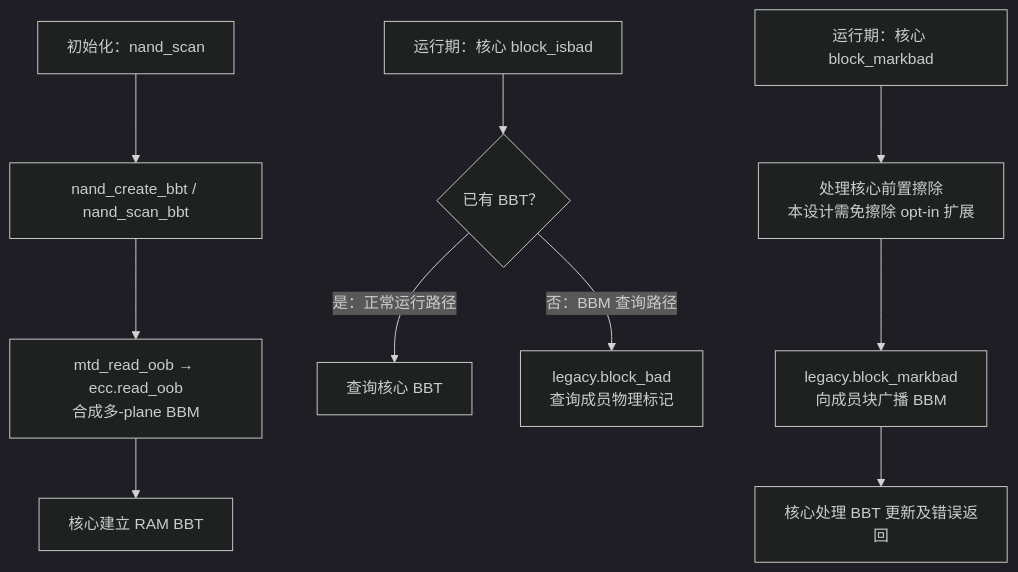
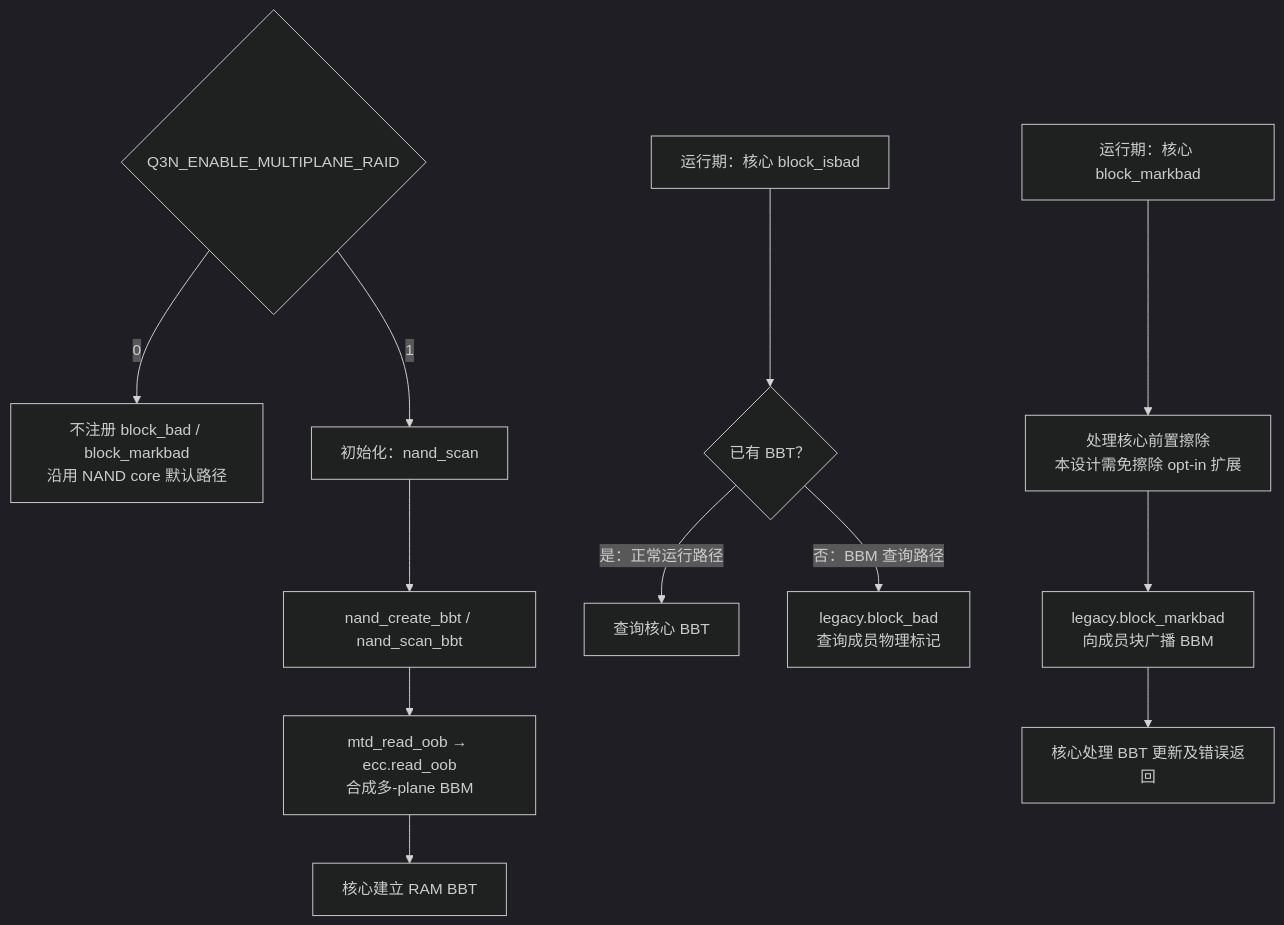
Before and after one commit to avenstar65/3dnand_test: the fifth of 18 diagrams in docs/superpowers/specs/2026-08-30-multiplane-page-raid1-raid5-design.md, drawn with Mermaid (dark theme). The commit also changed other lines of this file and 3 other files, not shown here.

Commit message:
fix: keep bad-block callbacks multi-plane only

````diff
--- a/docs/superpowers/specs/2026-08-30-multiplane-page-raid1-raid5-design.md
+++ b/docs/superpowers/specs/2026-08-30-multiplane-page-raid1-raid5-design.md
@@ -245,12 +252,15 @@
 ```mermaid
 flowchart TB
+    Mode{"Q3N_ENABLE_MULTIPLANE_RAID"}
+    Mode -->|"0"| Default["不注册 block_bad / block_markbad<br/>沿用 NAND core 默认路径"]
+    Mode -->|"1"| Init
     Init["初始化：nand_scan"] --> Scan["nand_create_bbt / nand_scan_bbt"]
     Scan --> OOB["mtd_read_oob → ecc.read_oob<br/>合成多-plane BBM"]
     OOB --> Create["核心建立 RAM BBT"]
     Query["运行期：核心 block_isbad"] --> Has{"已有 BBT？"}
     Has -->|"是：正常运行路径"| Table["查询核心 BBT"]
     Has -->|"否：BBM 查询路径"| Bad["legacy.block_bad<br/>查询成员物理标记"]
     Mark["运行期：核心 block_markbad"] --> Pre["处理核心前置擦除<br/>本设计需免擦除 opt-in 扩展"]
     Pre --> Write["legacy.block_markbad<br/>向成员块广播 BBM"]
     Write --> Update["核心处理 BBT 更新及错误返回"]
 ```
````
